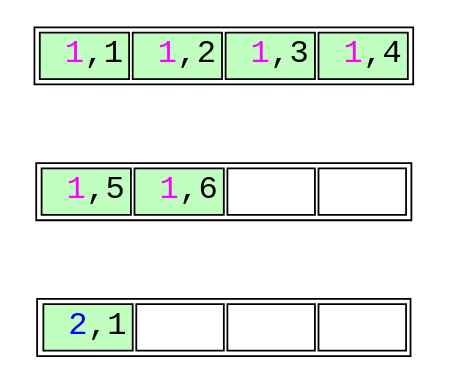
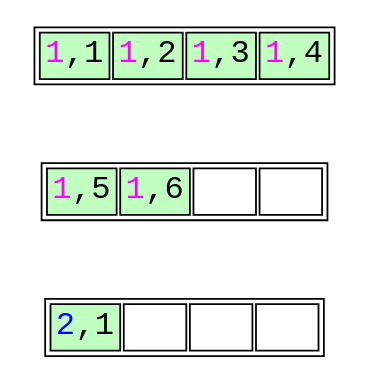
One commit to petergeoghegan/pg_query_internals changed the diagram in optimized-leaf-page-split-1.dot. Above: the diagram before and after it, drawn with Graphviz. The commit also changed 5 other files, not shown here.

```diff
--- a/optimized-leaf-page-split-1.dot
+++ b/optimized-leaf-page-split-1.dot
@@ -1,52 +1,52 @@
 // Example B-Tree graph
 //
 // Breadth-first order
 //
 // Start from root, go left to right
 //
 // Workflow:
 //
 // $ dot -T svg btree.dot -o btree.svg;
 
 digraph nbtree {
 graph [fontname = "monospace"];
 node [shape = none,height=.1,fontname = "monospace",fontsize=18];
 // Level 0 (leaf level)
-leafnode_2[ label=<<table>
+leafnode_2[ label=<<table width="140">
                     <tr>
-                        <td bgcolor='darkseagreen1' port="t2"> <font color="magenta">1</font>,1</td>
-                        <td bgcolor='darkseagreen1' port="t3"> <font color="magenta">1</font>,2</td>
-                        <td bgcolor='darkseagreen1' port="t4"> <font color="magenta">1</font>,3</td>
-                        <td bgcolor='darkseagreen1' port="t4"> <font color="magenta">1</font>,4</td>
+                        <td bgcolor='darkseagreen1' port="t2" width="35"><font color="magenta">1</font>,1</td>
+                        <td bgcolor='darkseagreen1' port="t3" width="35"><font color="magenta">1</font>,2</td>
+                        <td bgcolor='darkseagreen1' port="t4" width="35"><font color="magenta">1</font>,3</td>
+                        <td bgcolor='darkseagreen1' port="t4" width="35"><font color="magenta">1</font>,4</td>
                     </tr>
                 </table>
                >
         ];
 edge[style=invis];
 "leafnode_2" -> "leafnode_3"
-leafnode_3[ label=<<table>
+leafnode_3[ label=<<table width="140">
                     <tr>
-                        <td bgcolor='darkseagreen1' port="t4"> <font color="magenta">1</font>,5</td>
-                        <td bgcolor='darkseagreen1' port="t4"> <font color="magenta">1</font>,6</td>
-                        <td bgcolor='white' port="t3">    </td>
-                        <td bgcolor='white' port="t3">    </td>
+                        <td bgcolor='darkseagreen1' port="t4" width="35"><font color="magenta">1</font>,5</td>
+                        <td bgcolor='darkseagreen1' port="t4" width="35"><font color="magenta">1</font>,6</td>
+                        <td bgcolor='white' port="t3" width="35"></td>
+                        <td bgcolor='white' port="t3" width="35"></td>
                     </tr>
                 </table>
                >
         ];
 edge[style=invis];
 "leafnode_3" -> "leafnode_4"
-leafnode_4[ label=<<table>
+leafnode_4[ label=<<table width="140">
                     <tr>
-                        <td bgcolor='darkseagreen1' port="t4"> <font color="blue">2</font>,1</td>
-                        <td bgcolor='white' port="t3">    </td>
-                        <td bgcolor='white' port="t3">    </td>
-                        <td bgcolor='white' port="t3">    </td>
+                        <td bgcolor='darkseagreen1' port="t4" width="35"><font color="blue">2</font>,1</td>
+                        <td bgcolor='white' port="t3" width="35"></td>
+                        <td bgcolor='white' port="t3" width="35"></td>
+                        <td bgcolor='white' port="t3" width="35"></td>
                     </tr>
                 </table>
                >
         ];
 //Force alignment from root to internal to leaf levels:
 //edge[style=invis];
 //"rootnode":d1 -> "leafnode_2":t2
 }
```
